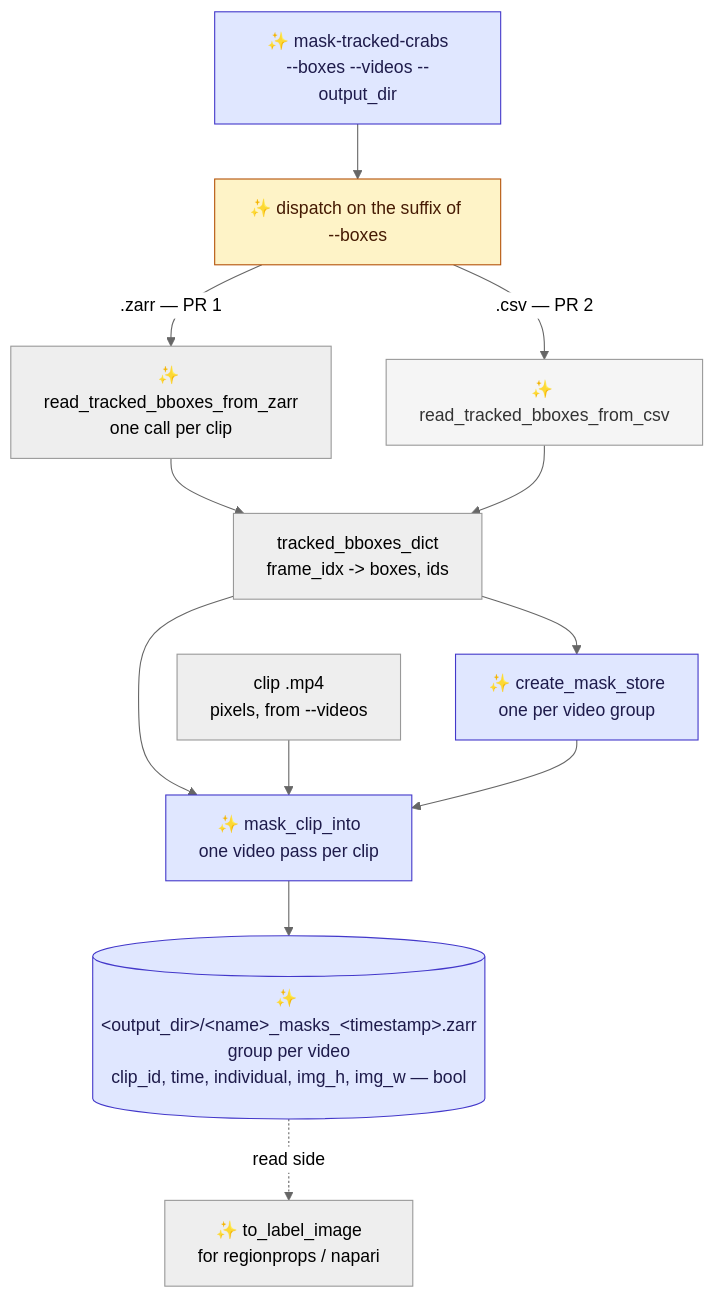
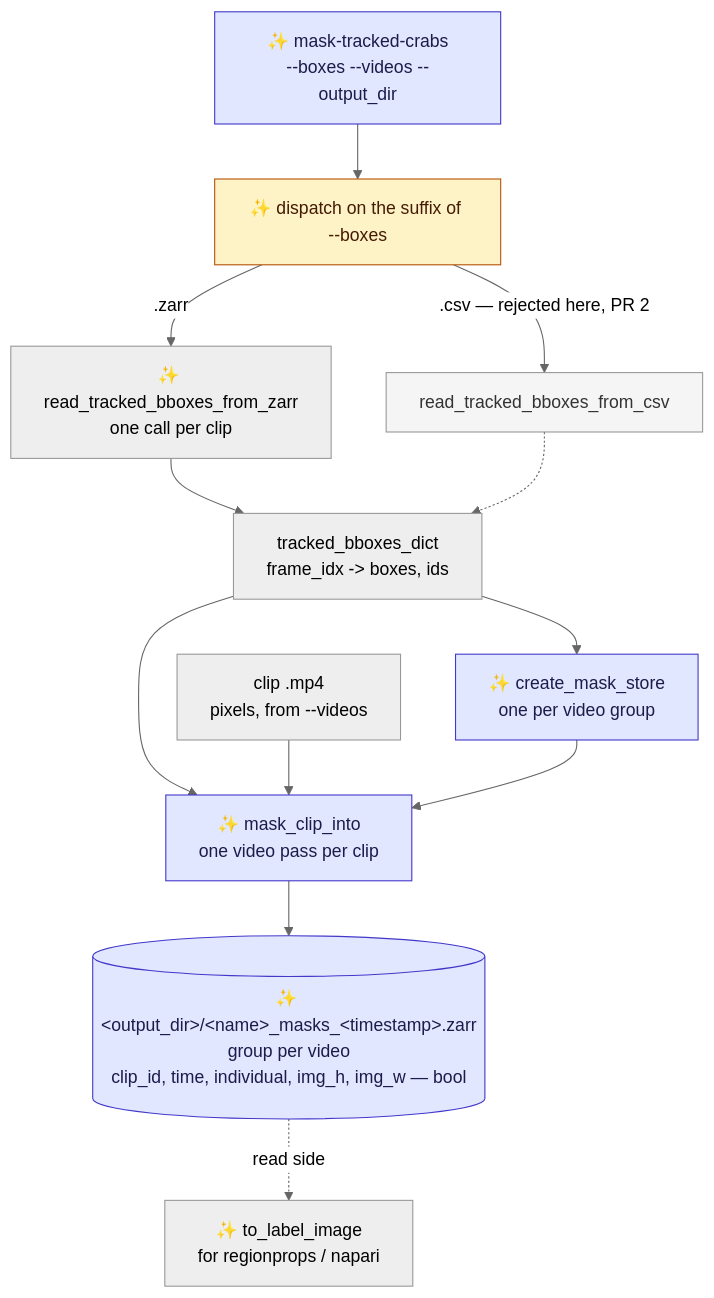
Before and after one commit to SainsburyWellcomeCentre/crabs-exploration: the first of 3 diagrams in claude-plans/proposal-mask-tracked-crabs.md, drawn with Mermaid (neutral theme). The commit also changed other lines of this file and 3 other files, not shown here.

````diff
--- a/claude-plans/proposal-mask-tracked-crabs.md
+++ b/claude-plans/proposal-mask-tracked-crabs.md
@@ -13,20 +14,20 @@
 ```mermaid
 flowchart TD
     CLI["✨ mask-tracked-crabs<br/>--boxes --videos --output_dir"] --> DISP["✨ dispatch on the suffix of --boxes"]
-    DISP -->|".zarr — PR 1"| RZ["✨ read_tracked_bboxes_from_zarr<br/>one call per clip"]
-    DISP -->|".csv — PR 2"| RC["✨ read_tracked_bboxes_from_csv"]
+    DISP -->|".zarr"| RZ["✨ read_tracked_bboxes_from_zarr<br/>one call per clip"]
+    DISP -->|".csv — rejected here, PR 2"| RC["read_tracked_bboxes_from_csv"]
     RZ --> D["tracked_bboxes_dict<br/>frame_idx -> boxes, ids"]
-    RC --> D
+    RC -.-> D
     D --> CS["✨ create_mask_store<br/>one per video group"]
     D --> MC["✨ mask_clip_into<br/>one video pass per clip"]
     V["clip .mp4<br/>pixels, from --videos"] --> MC
     CS --> MC
     MC --> Z[("✨ &lt;output_dir&gt;/&lt;name&gt;_masks_&lt;timestamp&gt;.zarr<br/>group per video<br/>clip_id, time, individual, img_h, img_w — bool")]
     Z -.->|"read side"| L["✨ to_label_image<br/>for regionprops / napari"]
     style CLI fill:#e0e7ff,stroke:#4338ca,color:#1e1b4b
     style DISP fill:#fef3c7,stroke:#b45309,color:#451a03
     style RC fill:#f5f5f5,stroke:#999,color:#333
     style CS fill:#e0e7ff,stroke:#4338ca,color:#1e1b4b
     style MC fill:#e0e7ff,stroke:#4338ca,color:#1e1b4b
     style Z fill:#e0e7ff,stroke:#4338ca,color:#1e1b4b
 ```
````
